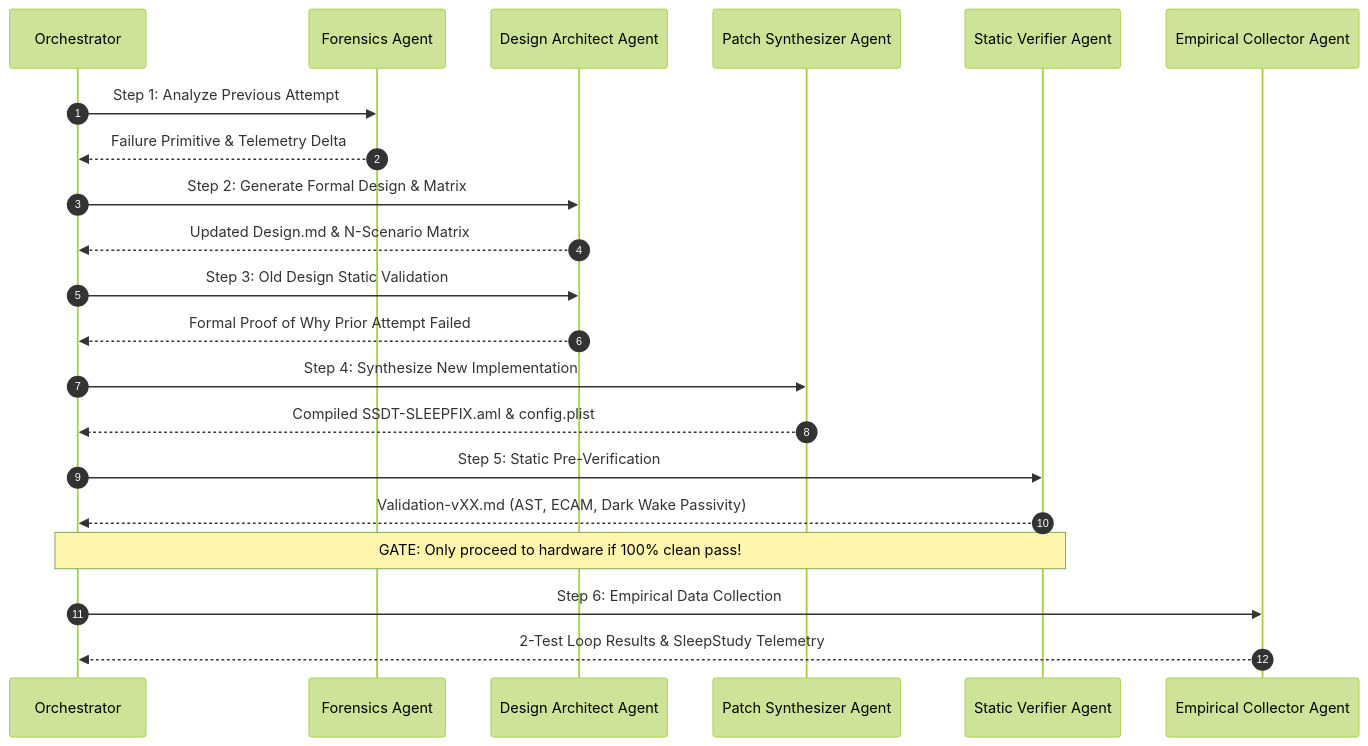
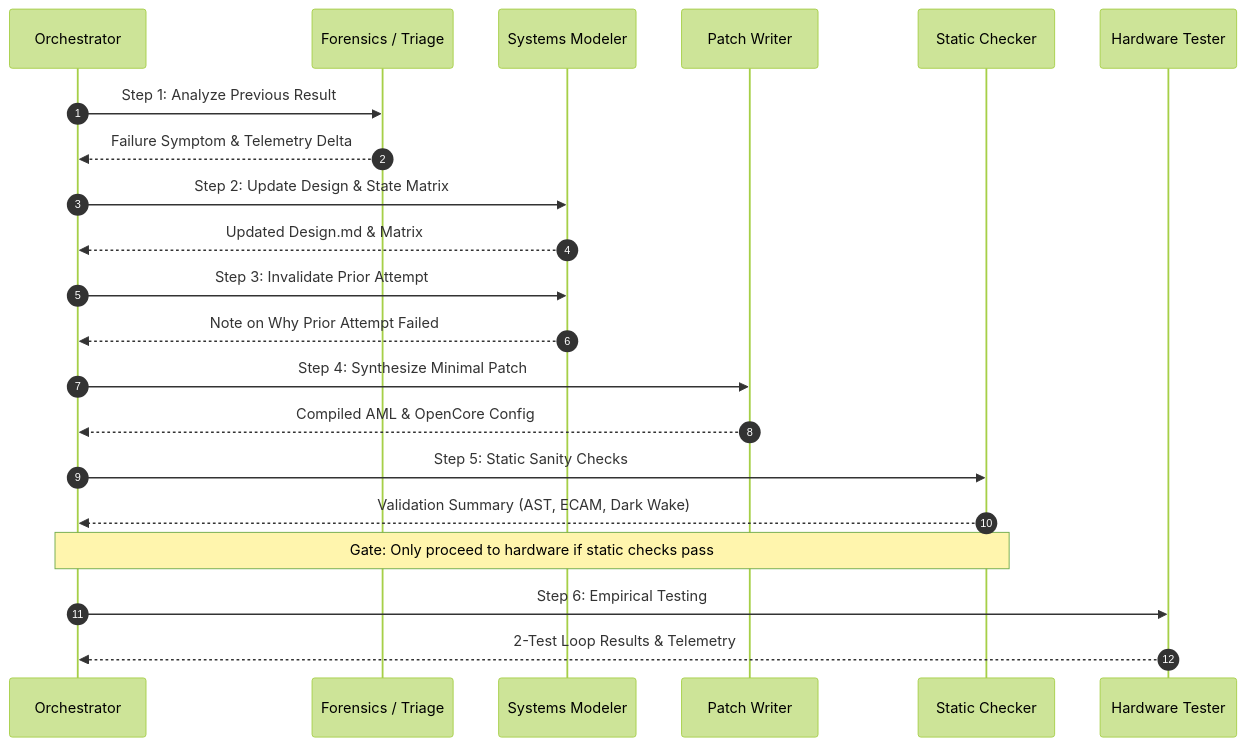
Before and after one commit to datacompboy/xmg_deep_sleep: the second of 2 diagrams in skill/modern-standby-orchestrator/SKILL.md, drawn with Mermaid (forest theme). The commit also changed other lines of this file and 8 other files, not shown here.

````diff
--- a/skill/modern-standby-orchestrator/SKILL.md
+++ b/skill/modern-standby-orchestrator/SKILL.md
@@ -90,24 +89,24 @@
 ```mermaid
 sequenceDiagram
     autonumber
     participant Orch as Orchestrator
-    participant Forensics as Forensics Agent
-    participant Arch as Design Architect Agent
-    participant Synth as Patch Synthesizer Agent
-    participant Verifier as Static Verifier Agent
-    participant Collector as Empirical Collector Agent
+    participant Forensics as Forensics / Triage
+    participant Arch as Systems Modeler
+    participant Synth as Patch Writer
+    participant Verifier as Static Checker
+    participant Collector as Hardware Tester
 
-    Orch->>Forensics: Step 1: Analyze Previous Attempt
-    Forensics-->>Orch: Failure Primitive & Telemetry Delta
-    Orch->>Arch: Step 2: Generate Formal Design & Matrix
-    Arch-->>Orch: Updated Design.md & N-Scenario Matrix
-    Orch->>Arch: Step 3: Old Design Static Validation
-    Arch-->>Orch: Formal Proof of Why Prior Attempt Failed
-    Orch->>Synth: Step 4: Synthesize New Implementation
-    Synth-->>Orch: Compiled SSDT-SLEEPFIX.aml & config.plist
-    Orch->>Verifier: Step 5: Static Pre-Verification
-    Verifier-->>Orch: Validation-vXX.md (AST, ECAM, Dark Wake Passivity)
-    Note over Orch,Verifier: GATE: Only proceed to hardware if 100% clean pass!
-    Orch->>Collector: Step 6: Empirical Data Collection
-    Collector-->>Orch: 2-Test Loop Results & SleepStudy Telemetry
+    Orch->>Forensics: Step 1: Analyze Previous Result
+    Forensics-->>Orch: Failure Symptom & Telemetry Delta
+    Orch->>Arch: Step 2: Update Design & State Matrix
+    Arch-->>Orch: Updated Design.md & Matrix
+    Orch->>Arch: Step 3: Invalidate Prior Attempt
+    Arch-->>Orch: Note on Why Prior Attempt Failed
+    Orch->>Synth: Step 4: Synthesize Minimal Patch
+    Synth-->>Orch: Compiled AML & OpenCore Config
+    Orch->>Verifier: Step 5: Static Sanity Checks
+    Verifier-->>Orch: Validation Summary (AST, ECAM, Dark Wake)
+    Note over Orch,Verifier: Gate: Only proceed to hardware if static checks pass
+    Orch->>Collector: Step 6: Empirical Testing
+    Collector-->>Orch: 2-Test Loop Results & Telemetry
 ```
````
